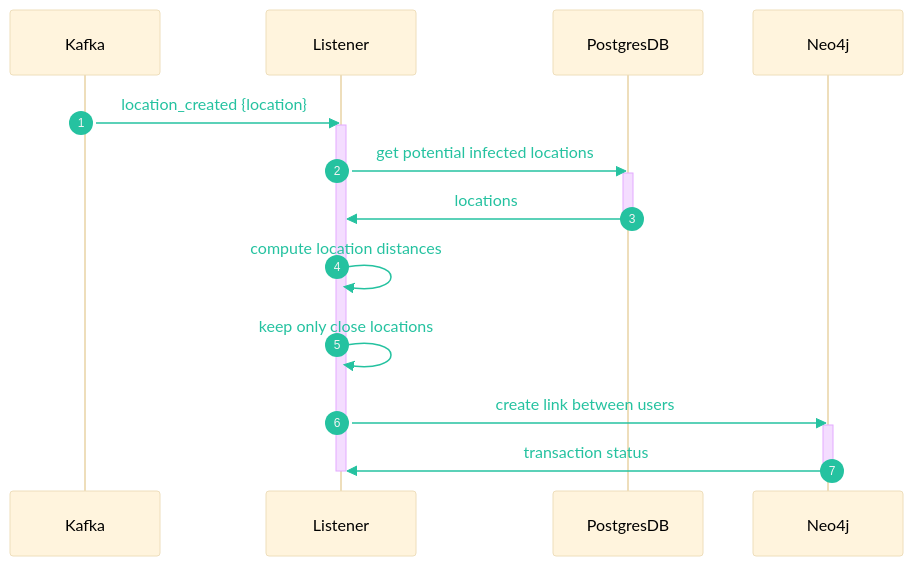
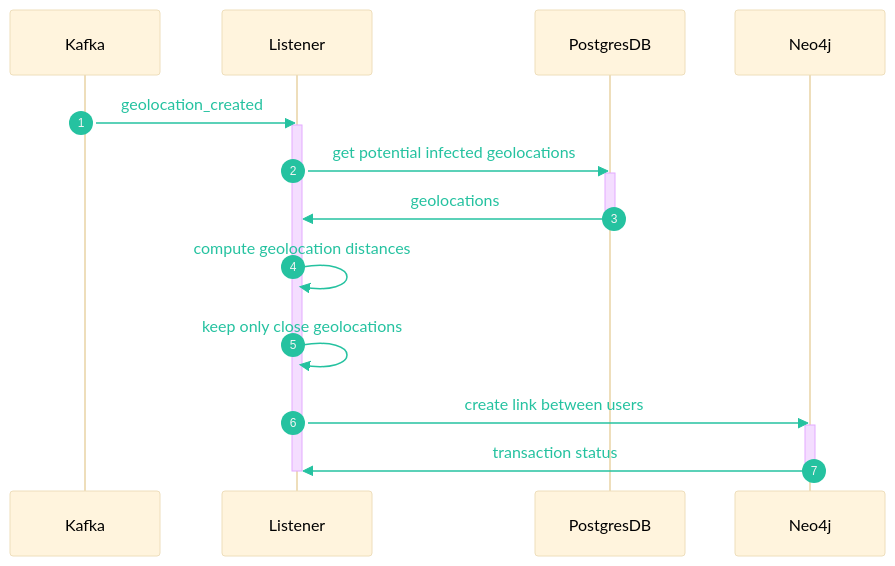
One commit to Covid-Alert-Microservices/specs changed the second of 3 diagrams in docs/Microservices/geolocation.md. Above: the diagram before and after it, drawn with Mermaid. The commit also changed other lines of this file and 2 other files, not shown here.

````diff
--- a/docs/Microservices/geolocation.md
+++ b/docs/Microservices/geolocation.md
@@ -39,27 +39,27 @@
 ```mermaid
 %%{init: {
     'theme': 'base', 
     'themeVariables': {
         'actorTextColor': 'black',
         'primaryTextColor': '#25c2a0'
     }
   }
 }%%
 sequenceDiagram
     autonumber
     activate Kafka
-    Kafka ->> Listener: location_created {location}
+    Kafka ->> Listener: geolocation_created
     activate Listener
-    Listener ->> PostgresDB: get potential infected locations
+    Listener ->> PostgresDB: get potential infected geolocations
     activate PostgresDB
-    PostgresDB ->> Listener: locations
+    PostgresDB ->> Listener: geolocations
     deactivate PostgresDB
-    Listener ->> Listener: compute location distances
-    Listener ->> Listener: keep only close locations
+    Listener ->> Listener: compute geolocation distances
+    Listener ->> Listener: keep only close geolocations
     Listener ->> Neo4j: create link between users
     activate Neo4j
     Neo4j ->> Listener: transaction status
     deactivate Neo4j
     deactivate Listener
     
 ```
````
